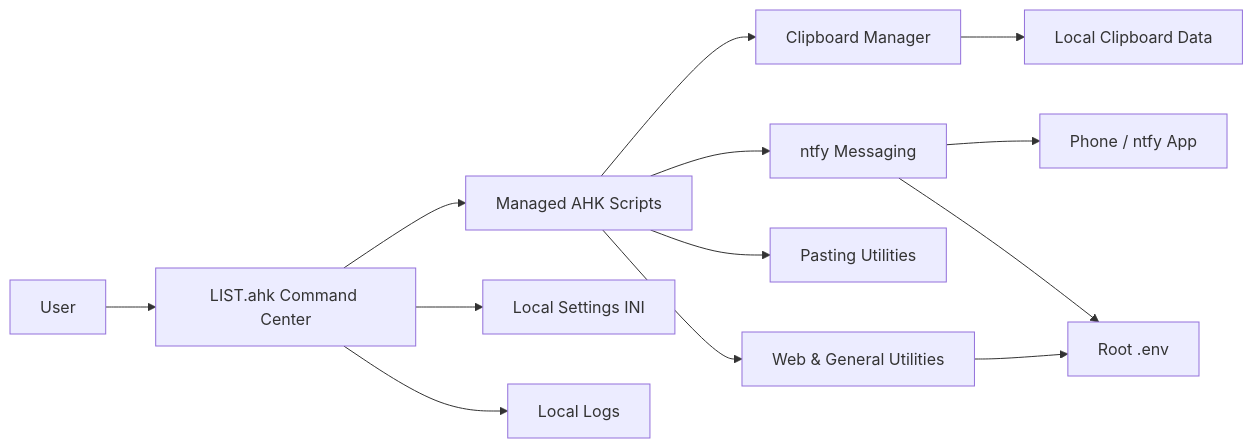
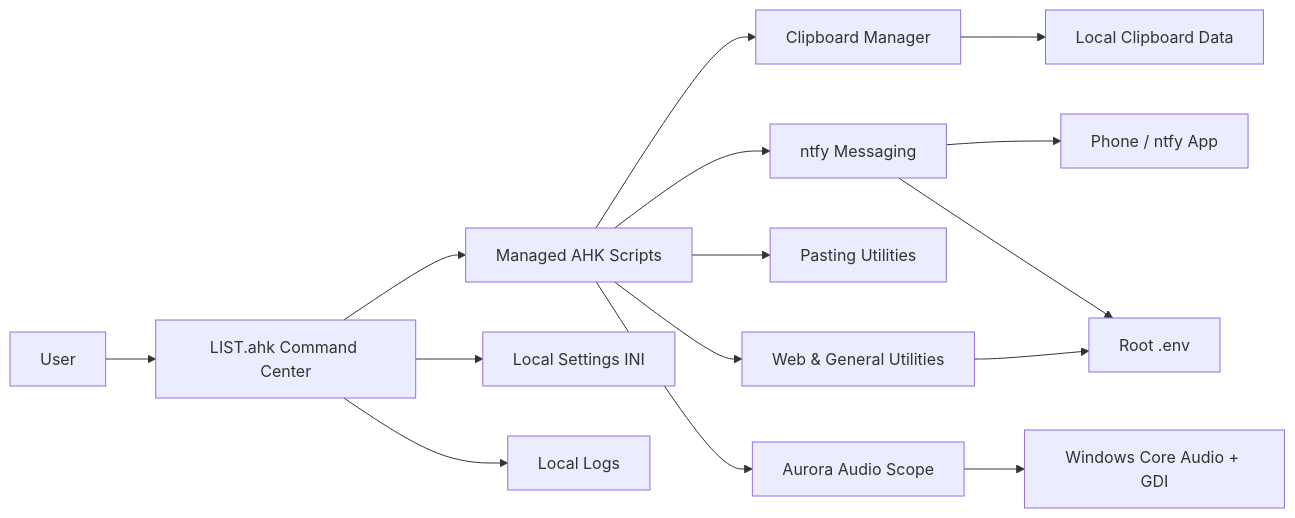
The diagram in README.md (Umer-Amir/AHK_Scripts), drawn with Mermaid before and after one commit. The commit also changed other lines of this file and 5 other files, not shown here.

````diff
--- a/README.md
+++ b/README.md
@@ -38,17 +65,19 @@
 ```mermaid
 flowchart LR
     U[User] --> C[LIST.ahk Command Center]
     C --> M[Managed AHK Scripts]
     M --> CL[Clipboard Manager]
     M --> N[ntfy Messaging]
     M --> P[Pasting Utilities]
     M --> W[Web & General Utilities]
+    M --> A[Aurora Audio Scope]
 
+    A --> CORE[Windows Core Audio + GDI]
     N --> PHONE[Phone / ntfy App]
     N --> ENV[Root .env]
     W --> ENV
 
     C --> INI[Local Settings INI]
     C --> LOG[Local Logs]
     CL --> DATA[Local Clipboard Data]
 ```
````
